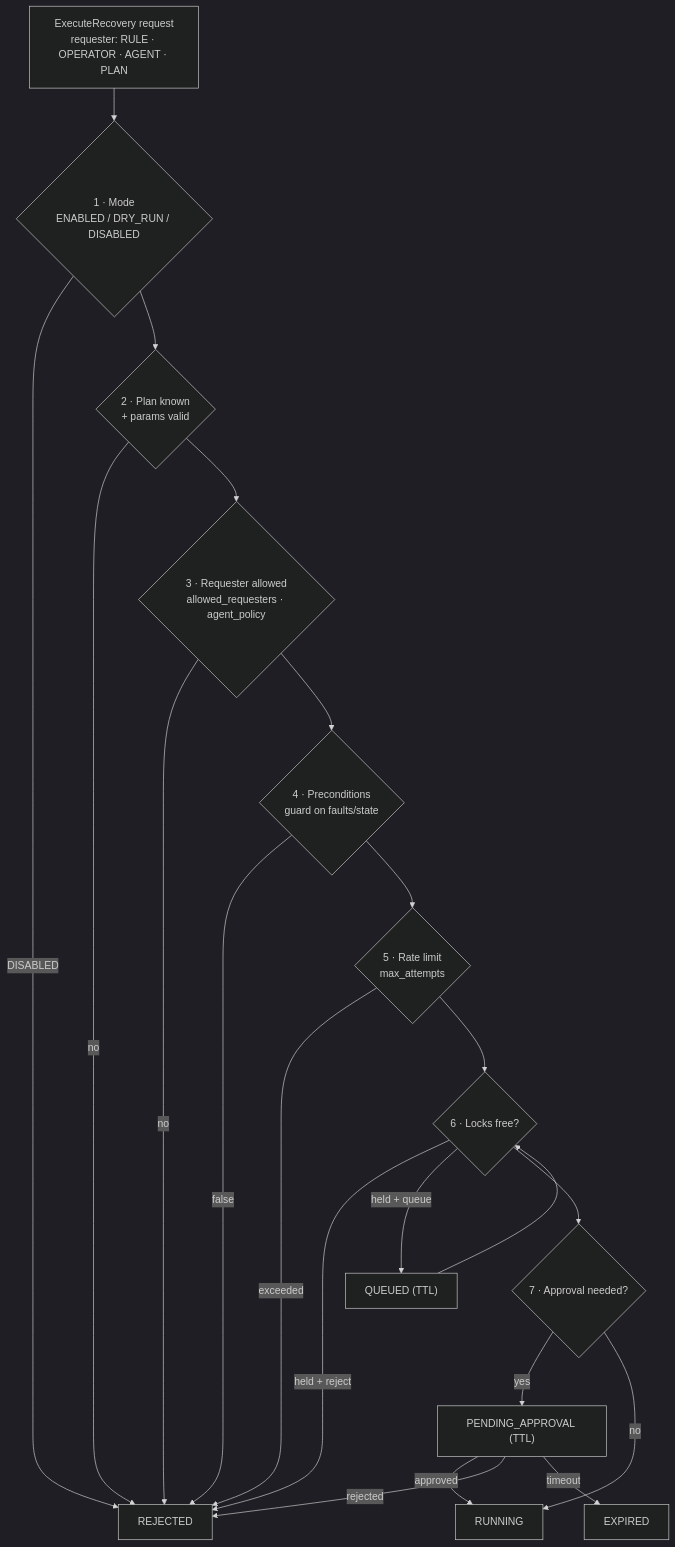
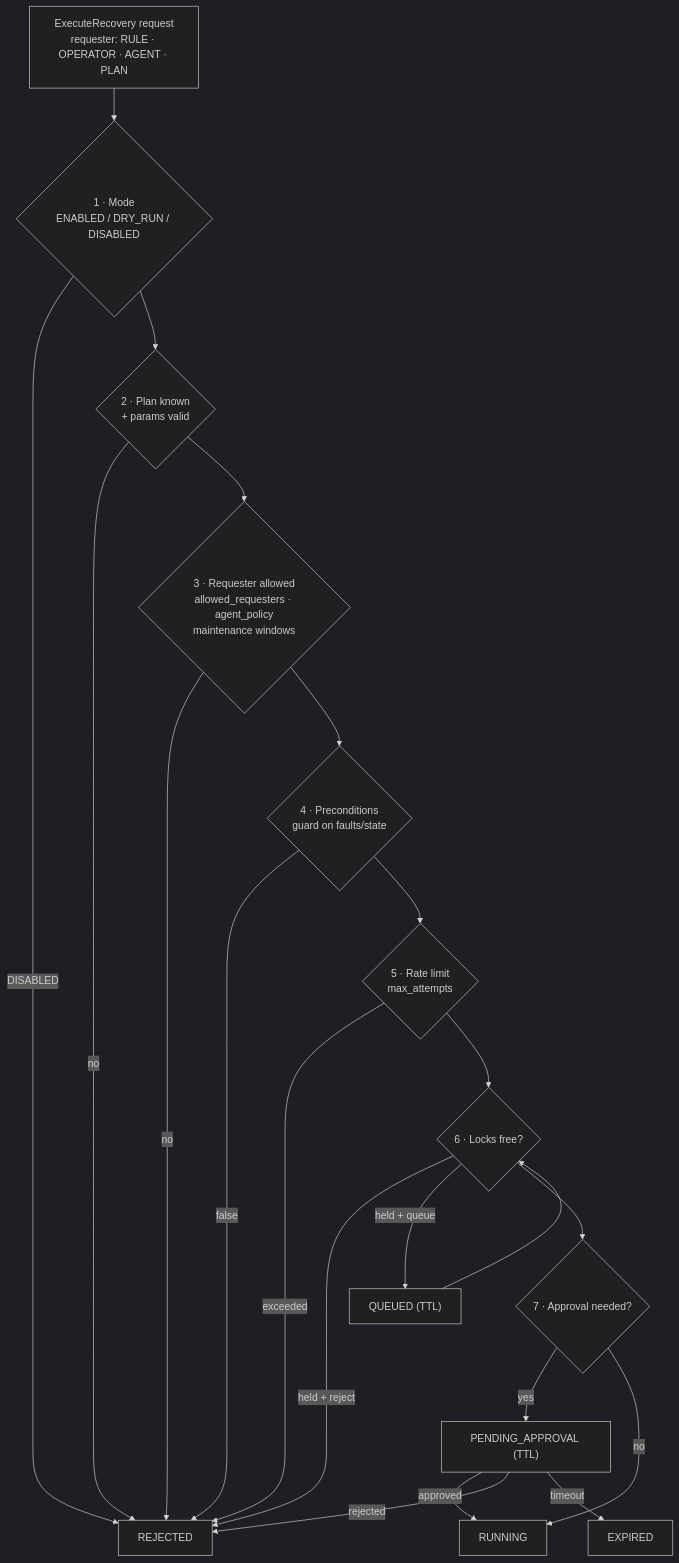
Before and after one commit to guilyx/jarvis_ros2: the first of 2 diagrams in docs/design/05-rules-and-recovery.md, drawn with Mermaid (dark theme). The commit also changed other lines of this file and 38 other files, not shown here.

First line of the commit message:
Maintenance windows: hands off one component for a while (roadmap 8.6)

````diff
--- a/docs/design/05-rules-and-recovery.md
+++ b/docs/design/05-rules-and-recovery.md
@@ -315,23 +315,23 @@
 ```mermaid
 flowchart TB
   REQ["ExecuteRecovery request<br/>requester: RULE · OPERATOR · AGENT · PLAN"] --> G1
   G1{"1 · Mode<br/>ENABLED / DRY_RUN / DISABLED"} -->|"DISABLED"| REJ["REJECTED"]
   G1 --> G2{"2 · Plan known<br/>+ params valid"}
   G2 -->|"no"| REJ
-  G2 --> G3{"3 · Requester allowed<br/>allowed_requesters · agent_policy"}
+  G2 --> G3{"3 · Requester allowed<br/>allowed_requesters · agent_policy<br/>maintenance windows"}
   G3 -->|"no"| REJ
   G3 --> G4{"4 · Preconditions<br/>guard on faults/state"}
   G4 -->|"false"| REJ
   G4 --> G5{"5 · Rate limit<br/>max_attempts"}
   G5 -->|"exceeded"| REJ
   G5 --> G6{"6 · Locks free?"}
   G6 -->|"held + reject"| REJ
   G6 -->|"held + queue"| Q["QUEUED (TTL)"]
   Q --> G6
   G6 --> G7{"7 · Approval needed?"}
   G7 -->|"yes"| PA["PENDING_APPROVAL (TTL)"]
   PA -->|"approved"| RUN
   PA -->|"rejected"| REJ
   PA -->|"timeout"| EXP["EXPIRED"]
   G7 -->|"no"| RUN["RUNNING"]
 ```
````
